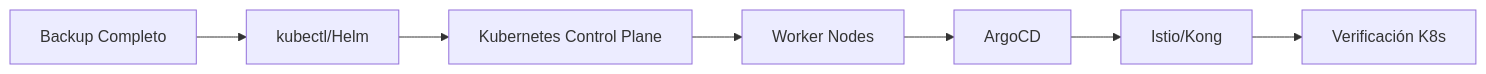
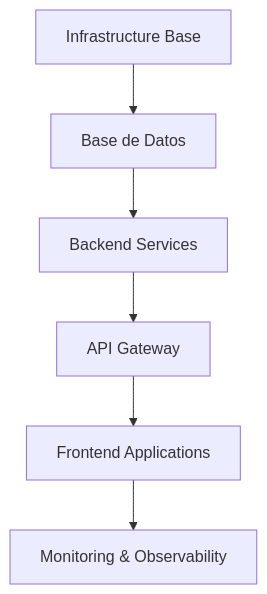
The diagram in infrastructure/version-compatibility.mdx (retrogamecloud/docs), drawn with Mermaid before and after one commit. The commit also changed other lines of this file and 23 other files, not shown here.

````diff
--- a/infrastructure/version-compatibility.mdx
+++ b/infrastructure/version-compatibility.mdx
@@ -140,10 +199,8 @@
 ```mermaid
-graph LR
-    A[Backup Completo] --> B[kubectl/Helm]
-    B --> C[Kubernetes Control Plane]
-    C --> D[Worker Nodes]
-    D --> E[ArgoCD]
-    E --> F[Istio/Kong]
-    F --> G[Verificación K8s]
-
+graph TD
+    A[Infrastructure Base] --> B[Base de Datos]
+    B --> C[Backend Services]
+    C --> D[API Gateway]
+    D --> E[Frontend Applications]
+    E --> F[Monitoring & Observability]
 ```
````
